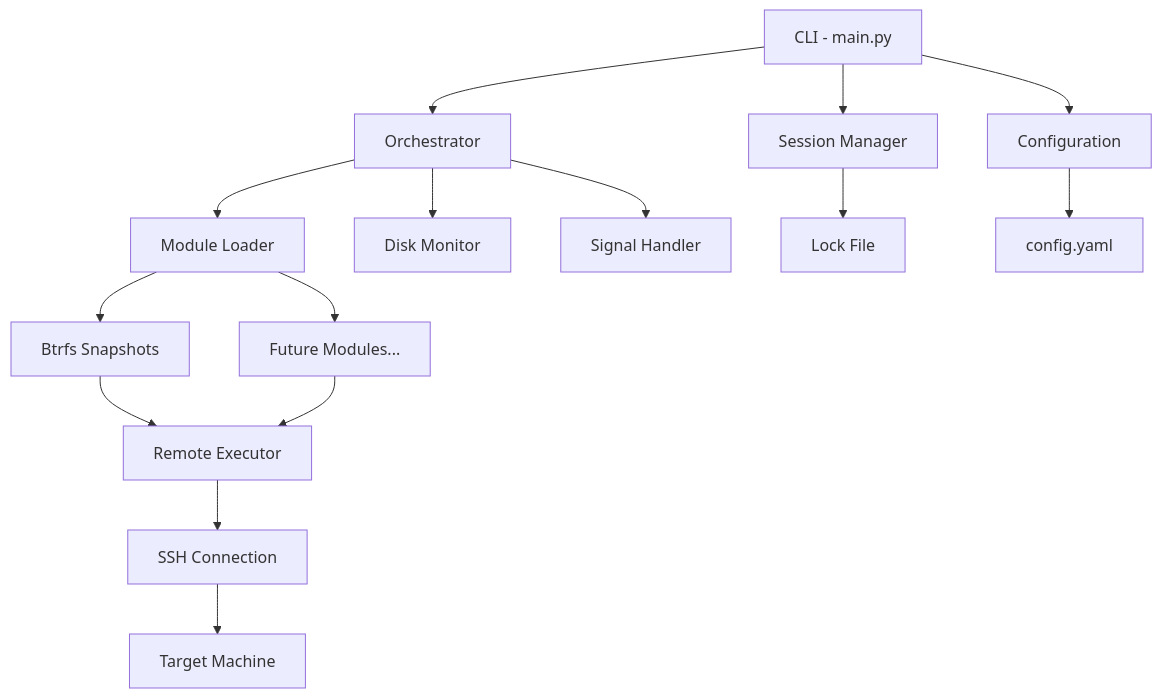
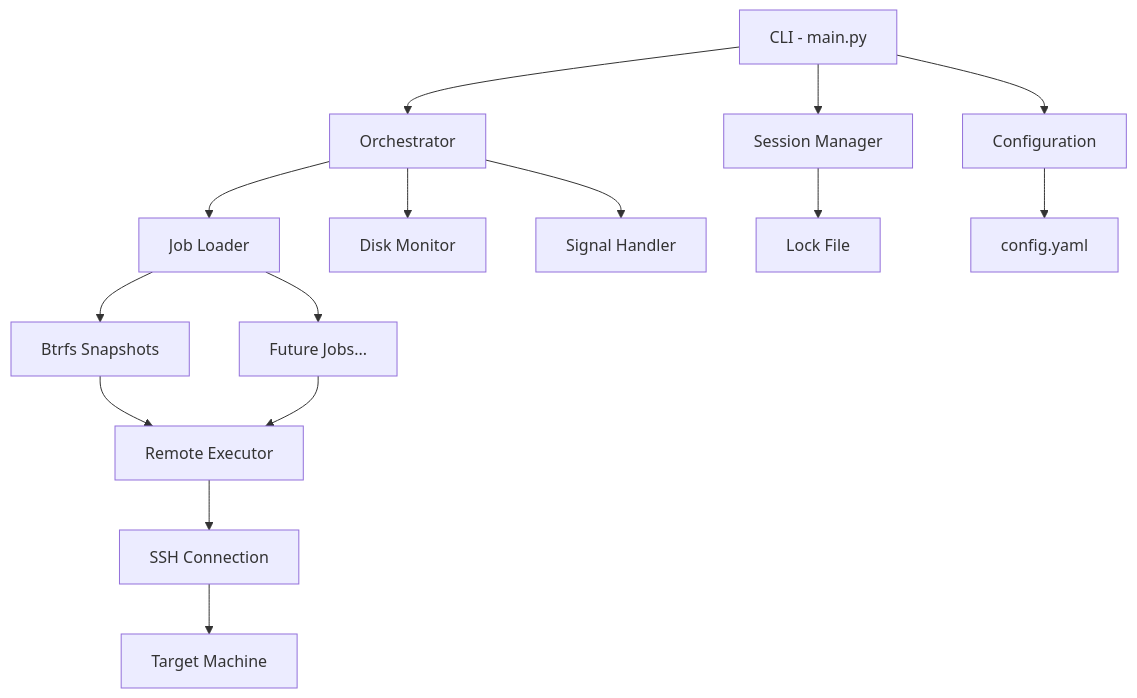
One commit to flaksit/pc-switcher changed the first of 13 diagrams in ARCHITECTURE.md. Above: the diagram before and after it, drawn with Mermaid. The commit also changed other lines of this file and 39 other files, not shown here.

Commit message:
rename Module to Job

````diff
--- a/ARCHITECTURE.md
+++ b/ARCHITECTURE.md
@@ -9,22 +9,22 @@
 ```mermaid
 graph TB
     CLI[CLI - main.py] --> Config[Configuration]
     CLI --> Session[Session Manager]
     CLI --> Orchestrator[Orchestrator]
 
-    Orchestrator --> ModuleLoader[Module Loader]
+    Orchestrator --> JobLoader[Job Loader]
     Orchestrator --> DiskMonitor[Disk Monitor]
     Orchestrator --> SignalHandler[Signal Handler]
 
-    ModuleLoader --> BtrfsModule[Btrfs Snapshots]
-    ModuleLoader --> FutureModules[Future Modules...]
+    JobLoader --> BtrfsJob[Btrfs Snapshots]
+    JobLoader --> FutureJobs[Future Jobs...]
 
-    BtrfsModule --> RemoteExec[Remote Executor]
-    FutureModules --> RemoteExec
+    BtrfsJob --> RemoteExec[Remote Executor]
+    FutureJobs --> RemoteExec
 
     RemoteExec --> SSH[SSH Connection]
     SSH --> TargetMachine[Target Machine]
 
     Session --> LockFile[Lock File]
     Config --> YAML[config.yaml]
 ```
````
